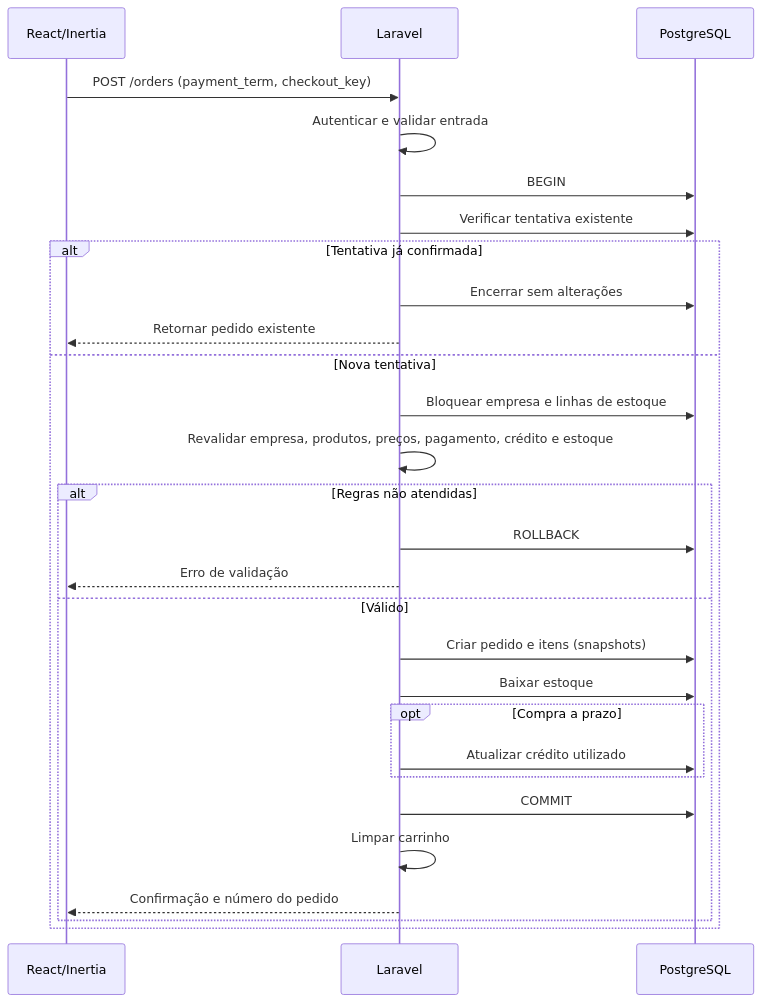
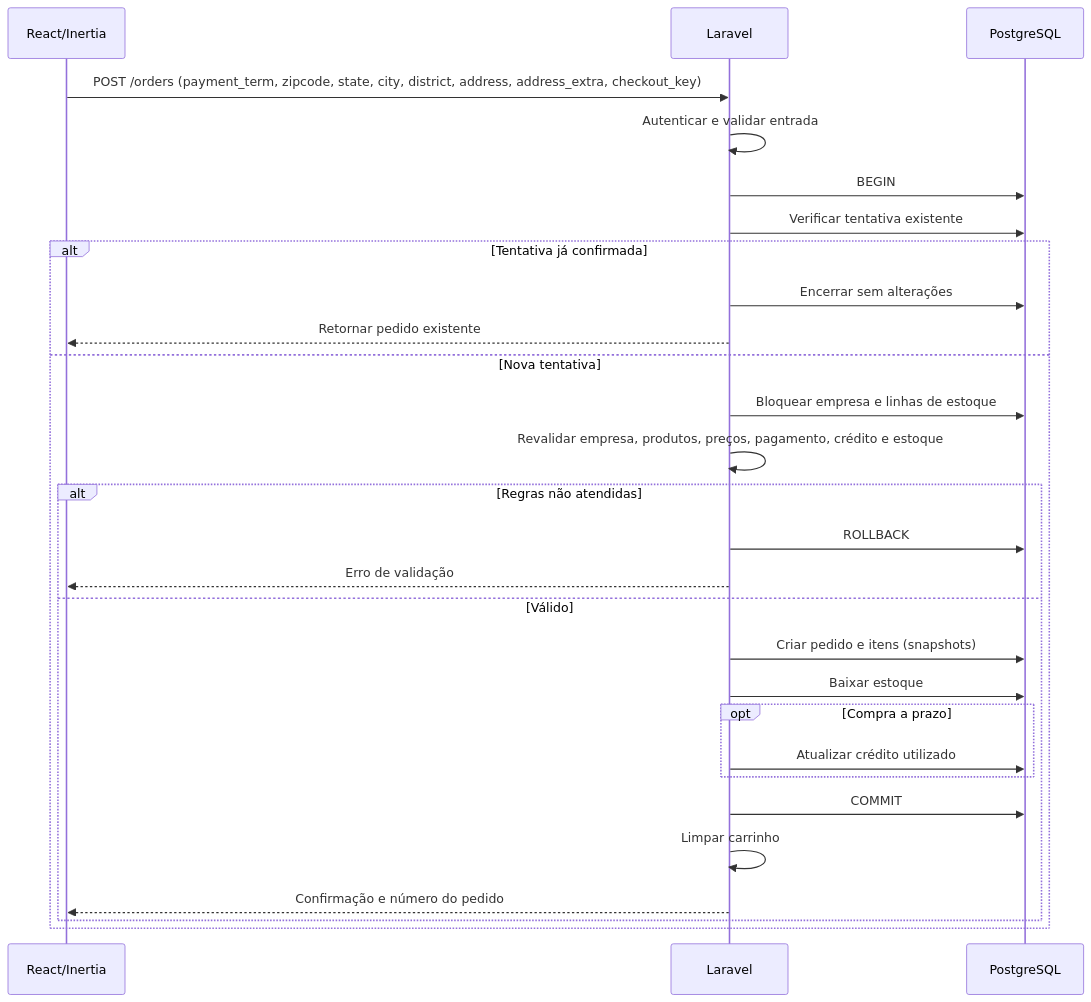
One commit to Jexraiden/versotech-challenge changed the third of 3 diagrams in docs/architecture/system-design.md. Above: the diagram before and after it, drawn with Mermaid. The commit also changed other lines of this file and 24 other files, not shown here.

First line of the commit message:
feat(checkout): complete transactional checkout and order flow

````diff
--- a/docs/architecture/system-design.md
+++ b/docs/architecture/system-design.md
@@ -143,30 +145,30 @@
 ```mermaid
 sequenceDiagram
     participant U as React/Inertia
     participant L as Laravel
     participant D as PostgreSQL
-    U->>L: POST /orders (payment_term, checkout_key)
+    U->>L: POST /orders (payment_term, zipcode, state, city, district, address, address_extra, checkout_key)
     L->>L: Autenticar e validar entrada
     L->>D: BEGIN
     L->>D: Verificar tentativa existente
     alt Tentativa já confirmada
         L->>D: Encerrar sem alterações
         L-->>U: Retornar pedido existente
     else Nova tentativa
         L->>D: Bloquear empresa e linhas de estoque
         L->>L: Revalidar empresa, produtos, preços, pagamento, crédito e estoque
         alt Regras não atendidas
             L->>D: ROLLBACK
             L-->>U: Erro de validação
         else Válido
             L->>D: Criar pedido e itens (snapshots)
             L->>D: Baixar estoque
             opt Compra a prazo
                 L->>D: Atualizar crédito utilizado
             end
             L->>D: COMMIT
             L->>L: Limpar carrinho
             L-->>U: Confirmação e número do pedido
         end
     end
 ```
````
